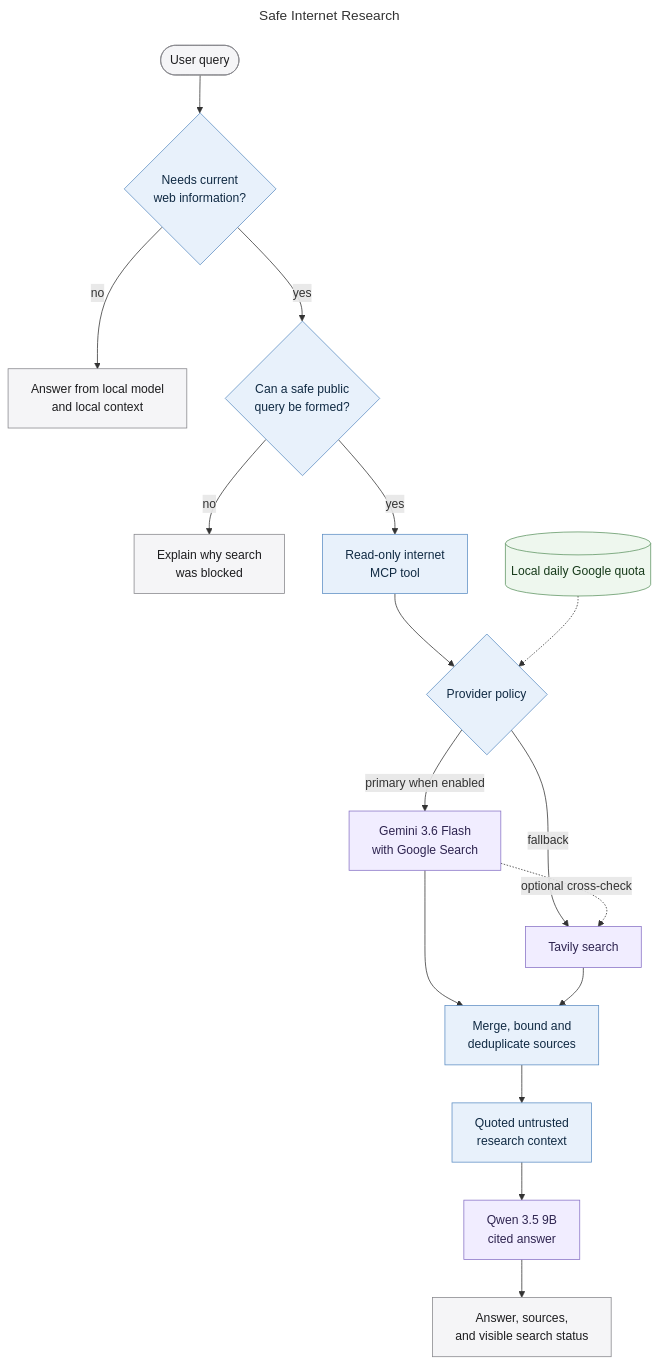
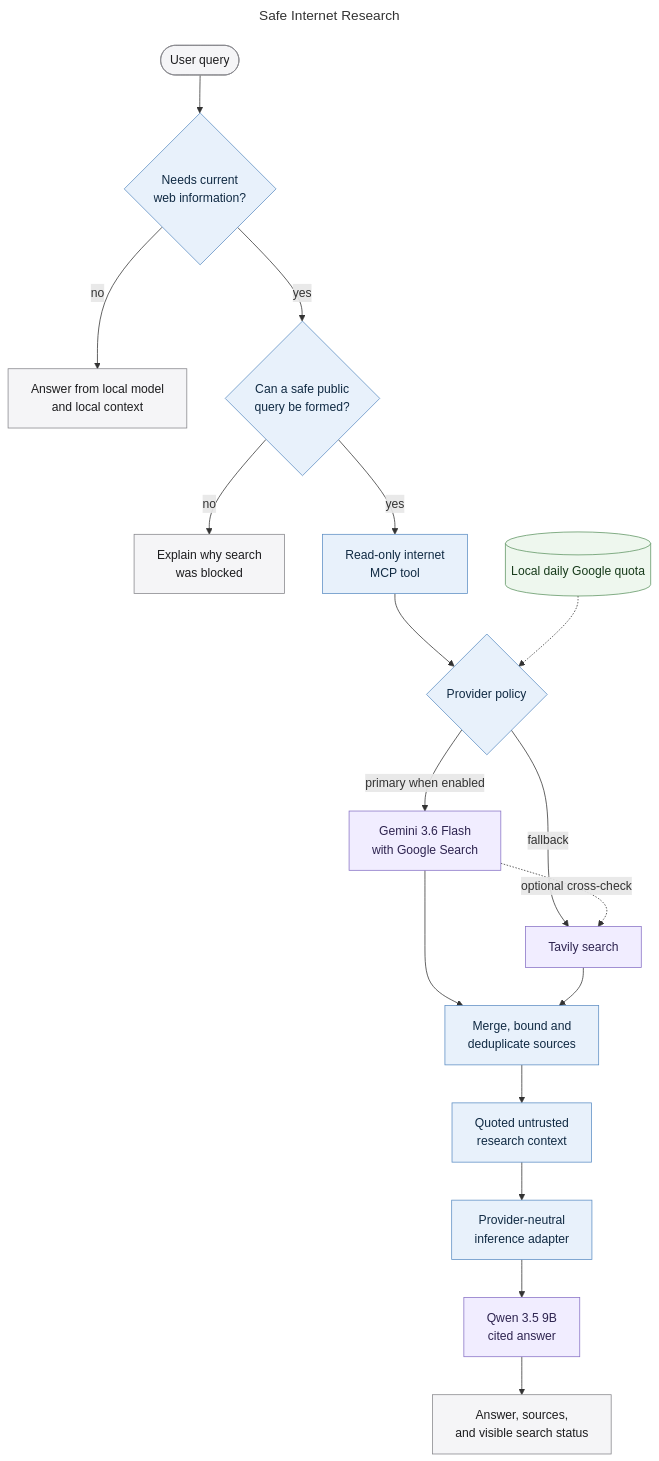
Before and after one commit to MallyaAni/PersonalAssistant: the diagram in docs/diagrams/search-research-subsystem.mmd, drawn with Mermaid. The commit also changed 63 other files, not shown here.

```diff
--- a/docs/diagrams/search-research-subsystem.mmd
+++ b/docs/diagrams/search-research-subsystem.mmd
@@ -1,32 +1,33 @@
 ---
 title: Safe Internet Research
 ---
 flowchart TB
     Query([User query]) --> Need{Needs current<br/>web information?}
     Need -->|no| Local[Answer from local model<br/>and local context]
     Need -->|yes| Privacy{Can a safe public<br/>query be formed?}
     Privacy -->|no| Block[Explain why search<br/>was blocked]
     Privacy -->|yes| MCP[Read-only internet<br/>MCP tool]
     MCP --> Policy{Provider policy}
 
     Policy -->|primary when enabled| Google[Gemini 3.6 Flash<br/>with Google Search]
     Policy -->|fallback| Tavily[Tavily search]
     Google -. optional cross-check .-> Tavily
 
     Google --> Sources[Merge, bound and<br/>deduplicate sources]
     Tavily --> Sources
     Sources --> Context[Quoted untrusted<br/>research context]
-    Context --> Main[Qwen 3.5 9B<br/>cited answer]
+    Context --> Inference[Provider-neutral<br/>inference adapter]
+    Inference --> Main[Qwen 3.5 9B<br/>cited answer]
     Main --> UI[Answer, sources,<br/>and visible search status]
 
     Quota[(Local daily Google quota)] -.-> Policy
 
     classDef interface fill:#f5f5f7,stroke:#86868b,color:#1d1d1f;
     classDef application fill:#e8f1fb,stroke:#5e8fc4,color:#102a43;
     classDef data fill:#eef7ee,stroke:#5f9562,color:#183b1b;
     classDef external fill:#f1edff,stroke:#8872c6,color:#2e2450;
     classDef warning fill:#fff3cd,stroke:#b78b20,color:#4d3900;
     class Query,Local,Block,UI interface;
-    class Need,Privacy,MCP,Policy,Sources,Context application;
+    class Need,Privacy,MCP,Policy,Sources,Context,Inference application;
     class Quota data;
     class Google,Tavily,Main external;
```
